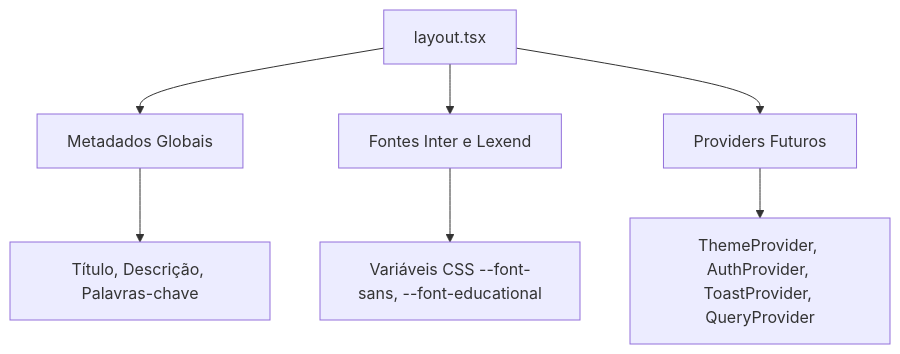
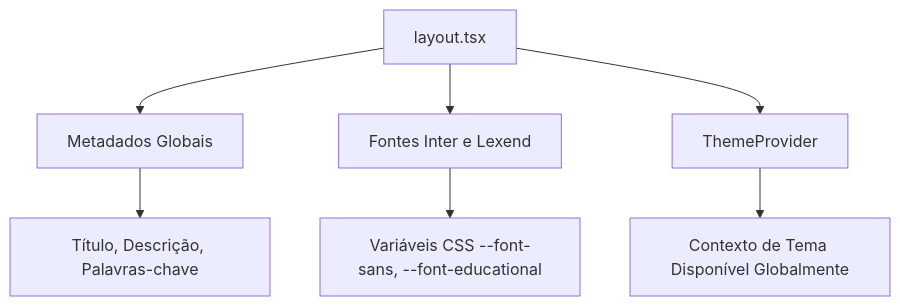
The first of 4 diagrams in .qoder/repowiki/pt/content/Roteamento e Navegação.md (jordansmedeiros/virtuquest), drawn with Mermaid before and after one commit. The commit also changed other lines of this file and 22 other files, not shown here.

````diff
--- a/.qoder/repowiki/pt/content/Roteamento e Navegação.md
+++ b/.qoder/repowiki/pt/content/Roteamento e Navegação.md
@@ -56,9 +113,9 @@
 ```mermaid
 graph TB
 A[layout.tsx] --> B[Metadados Globais]
 A --> C[Fontes Inter e Lexend]
-A --> D[Providers Futuros]
+A --> D[ThemeProvider]
 B --> E[Título, Descrição, Palavras-chave]
 C --> F[Variáveis CSS --font-sans, --font-educational]
-D --> G[ThemeProvider, AuthProvider, ToastProvider, QueryProvider]
+D --> G[Contexto de Tema Disponível Globalmente]
 ```
````
